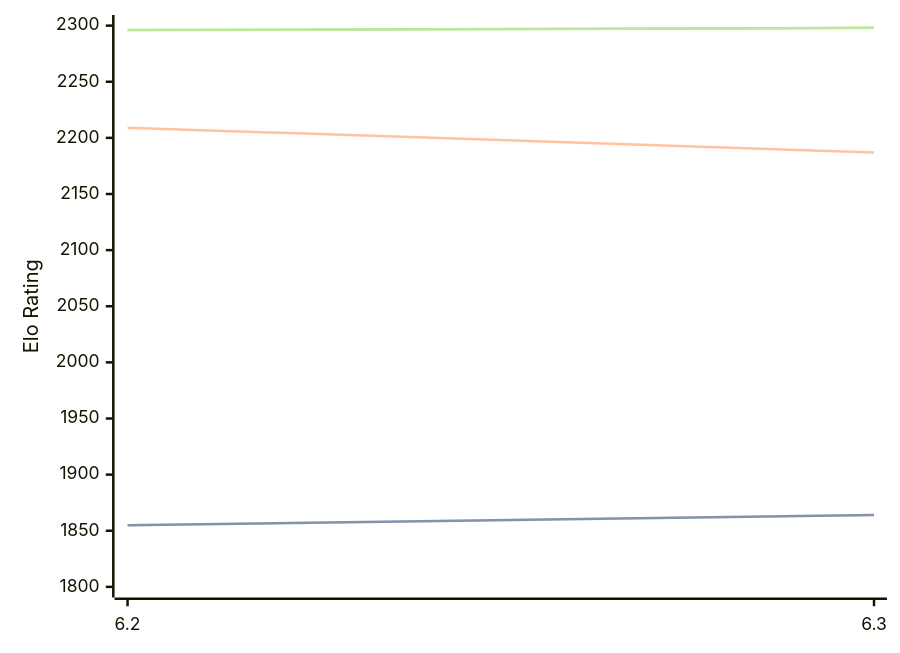
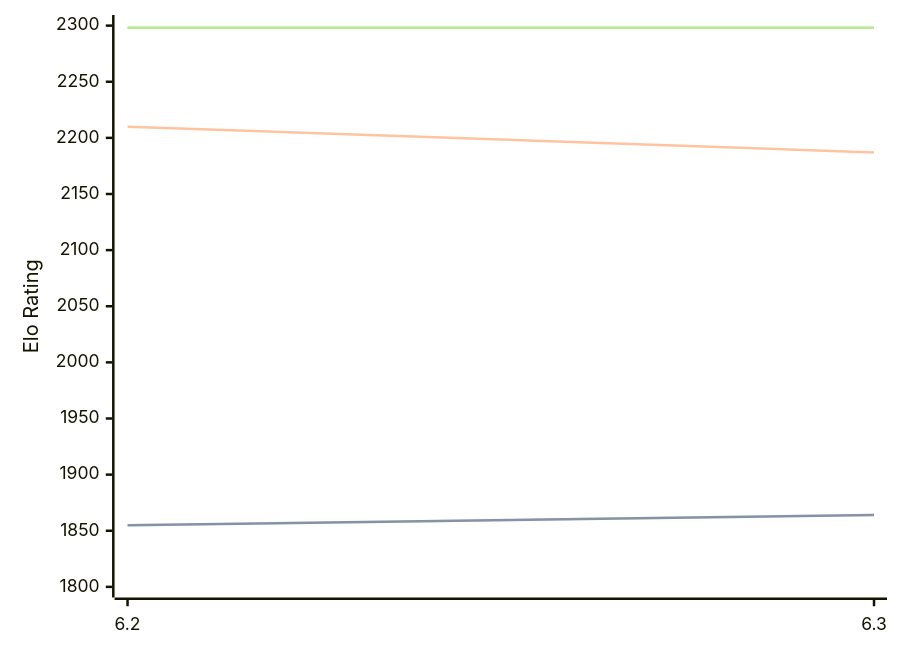
One commit to computer-chess-index/cci changed the diagram in engines/chess4j.md. Above: the diagram before and after it, drawn with Mermaid. The commit also changed other lines of this file, not shown here.

Commit message:
Update CCI Ratings (ELO VLTC) - 2026-09-02

````diff
--- a/engines/chess4j.md
+++ b/engines/chess4j.md
@@ -32,11 +32,11 @@
 ```mermaid
 %%{init: {"theme":"base","themeVariables":{"seriesColors:['#a3a3a3','#222221','#faa371']}}}%%
 xychart-beta
   x-axis ["6.2", "6.3"]
   y-axis "Elo Rating" 1800 --> 2300
   line "" [1855, 1864]
   line "STC (8.0+0.08s)" [1855, 1864]
-  line "LTC (60.0+0.60s)" [2209, 2187]
-  line "" [2296, 2298]
-  line "VLTC (2m24s+1.12s)" [2296, 2298]
+  line "LTC (60.0+0.60s)" [2210, 2187]
+  line "" [2298, 2298]
+  line "VLTC (2m24s+1.12s)" [2298, 2298]
 ```
````
